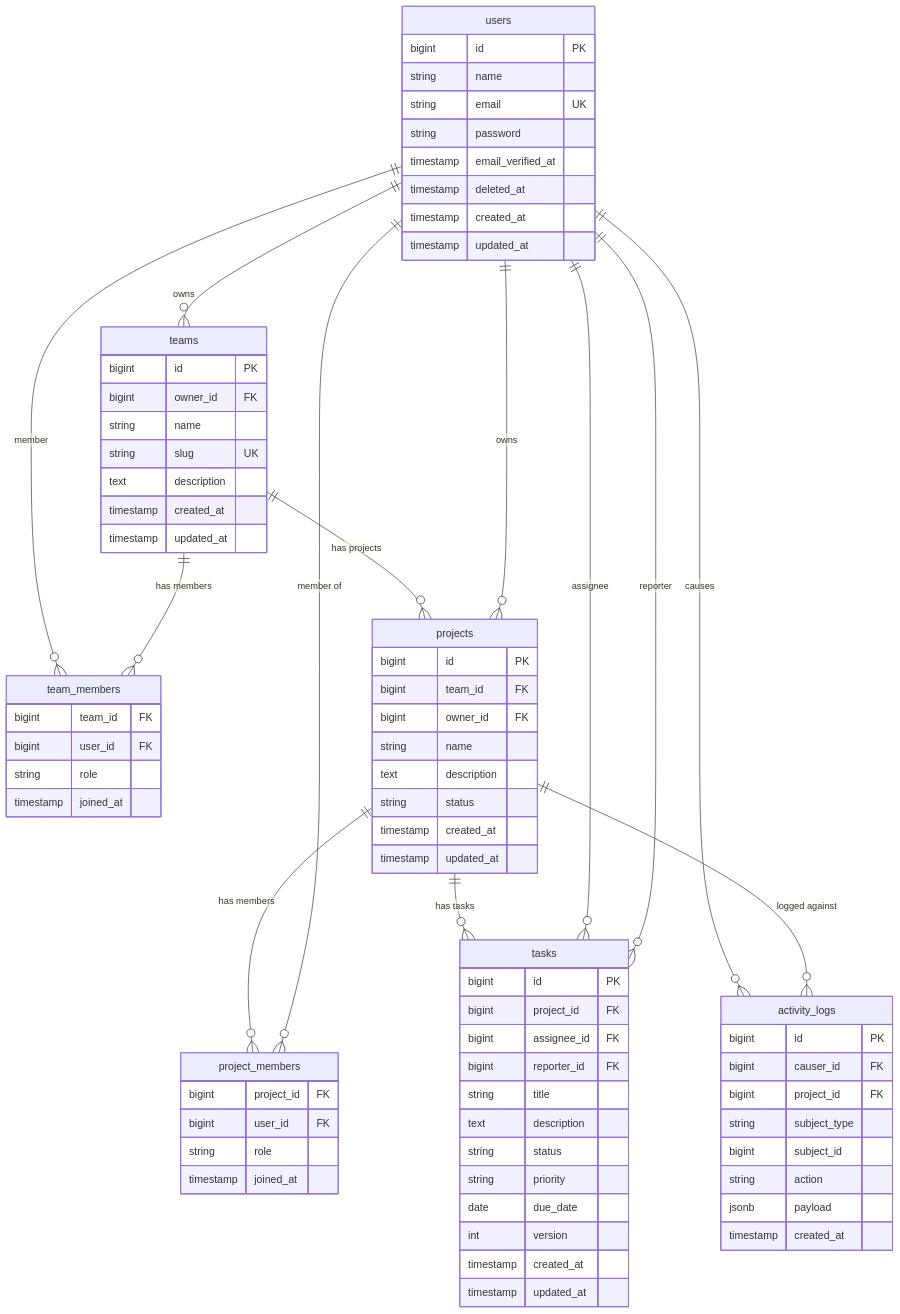
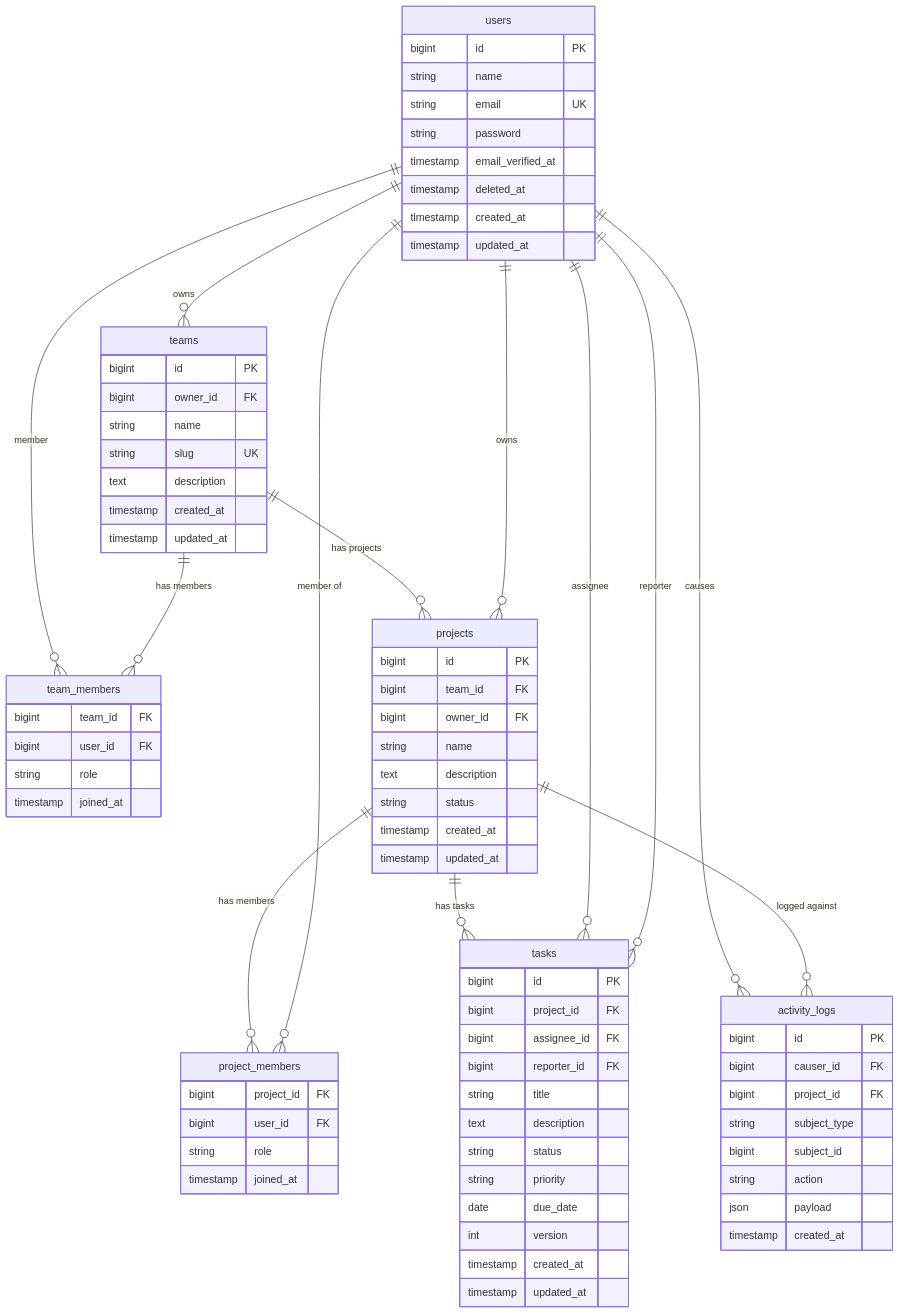
The diagram in docs/architecture/erd.md (ValentineOO/project-management-platform), drawn with Mermaid before and after one commit. The commit also changed 2 other files, not shown here.

Commit message:
fix(auth,ci,ui): fix registration crash, CI failures, modal layout, and project creation

```diff
--- a/docs/architecture/erd.md
+++ b/docs/architecture/erd.md
@@ -72,7 +72,7 @@
         string subject_type
         bigint subject_id
         string action
-        jsonb payload
+        json payload
         timestamp created_at
     }
 
```
